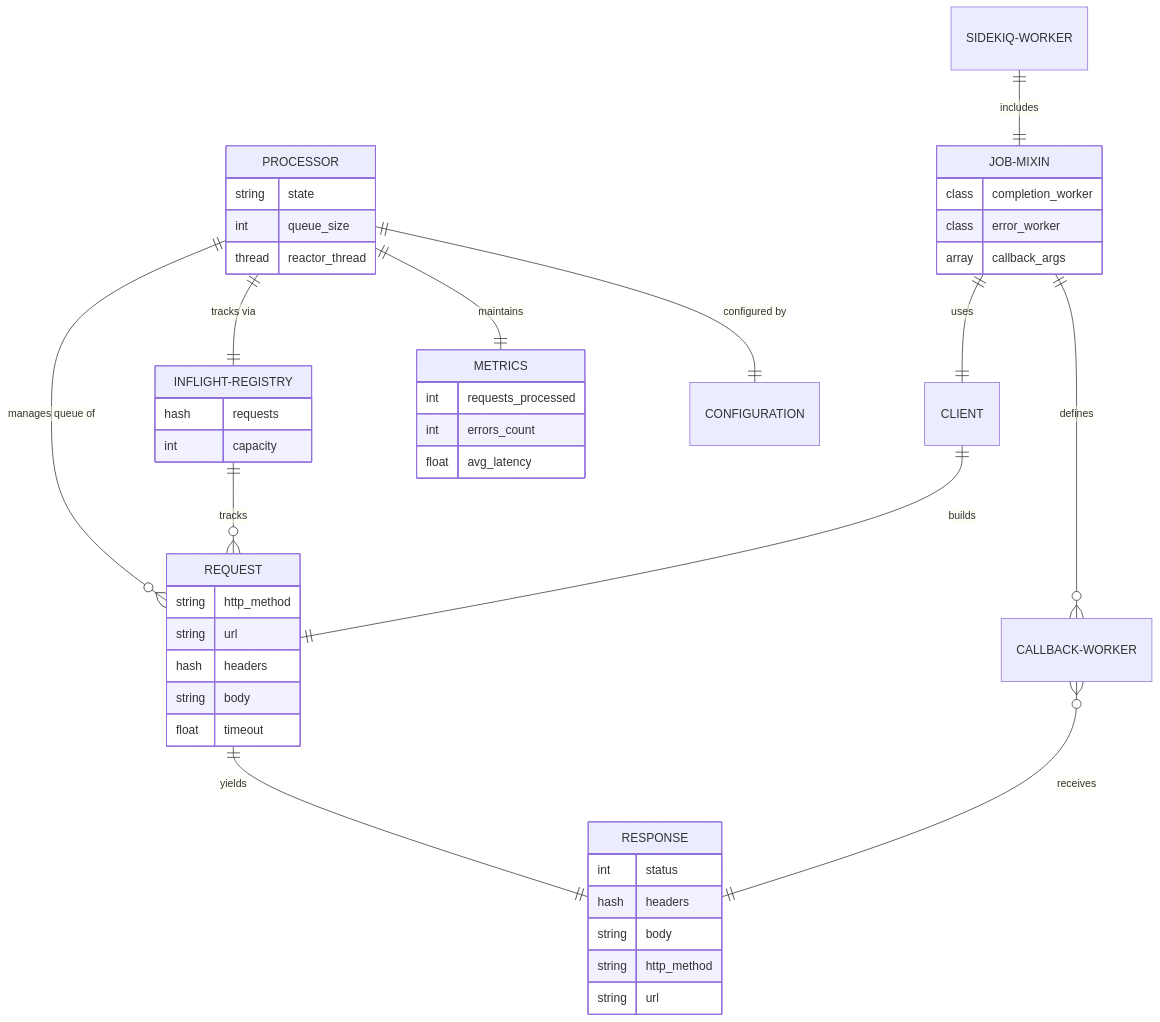
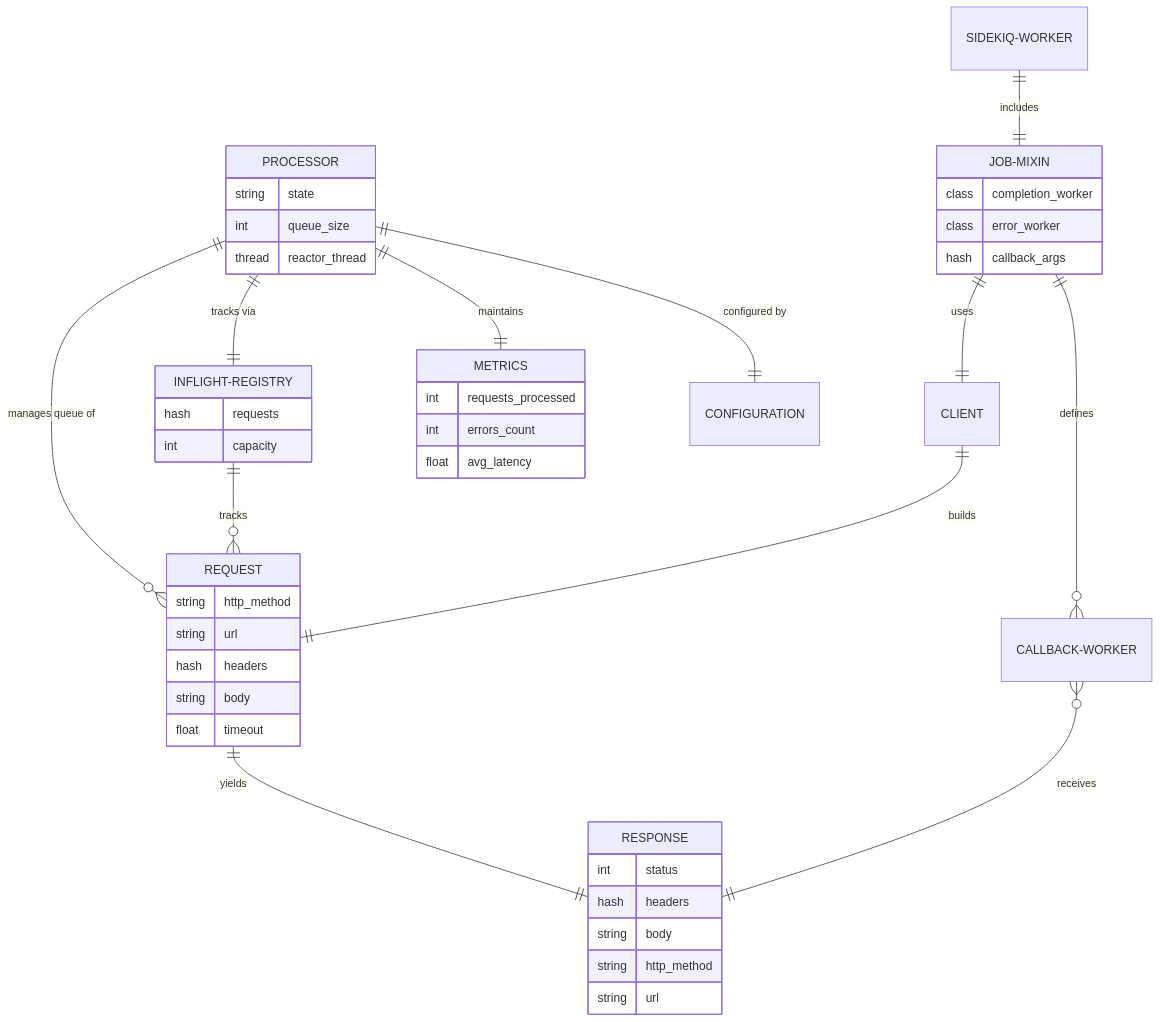
Before and after one commit to bdurand/sidekiq-async_http: the second of 2 diagrams in ARCHITECTURE.md, drawn with Mermaid. The commit also changed other lines of this file and 6 other files, not shown here.

````diff
--- a/ARCHITECTURE.md
+++ b/ARCHITECTURE.md
@@ -75,57 +103,57 @@
 ```mermaid
 erDiagram
     PROCESSOR ||--o{ REQUEST : "manages queue of"
     PROCESSOR ||--|| INFLIGHT-REGISTRY : "tracks via"
     PROCESSOR ||--|| METRICS : "maintains"
     PROCESSOR ||--|| CONFIGURATION : "configured by"
 
     JOB-MIXIN ||--|| CLIENT : "uses"
     JOB-MIXIN ||--o{ CALLBACK-WORKER : "defines"
 
     CLIENT ||--|| REQUEST : "builds"
     REQUEST ||--|| RESPONSE : "yields"
 
     INFLIGHT-REGISTRY ||--o{ REQUEST : "tracks"
     CALLBACK-WORKER }o--|| RESPONSE : "receives"
 
     SIDEKIQ-WORKER ||--|| JOB-MIXIN : "includes"
 
     PROCESSOR {
         string state
         int queue_size
         thread reactor_thread
     }
 
     REQUEST {
         string http_method
         string url
         hash headers
         string body
         float timeout
     }
 
     RESPONSE {
         int status
         hash headers
         string body
         string http_method
         string url
     }
 
     JOB-MIXIN {
         class completion_worker
         class error_worker
-        array callback_args
+        hash callback_args
     }
 
     INFLIGHT-REGISTRY {
         hash requests
         int capacity
     }
 
     METRICS {
         int requests_processed
         int errors_count
         float avg_latency
     }
 ```
````
